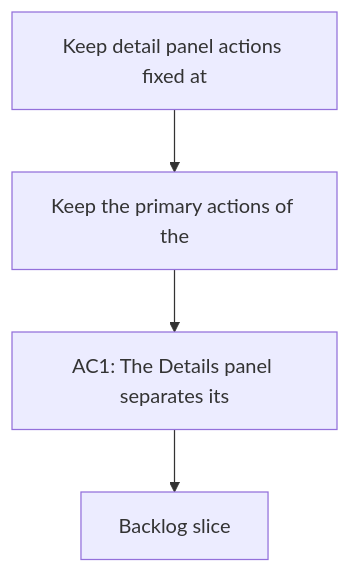
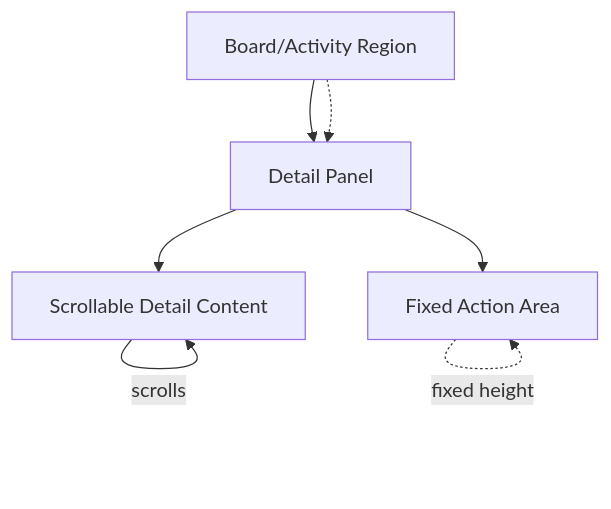
Before and after one commit to AlexAgo83/logics-manager: the diagram in logics/request/req_049_keep_detail_panel_actions_fixed_at_the_bottom_while_content_scrolls.md, drawn with Mermaid. The commit also changed other lines of this file and 54 other files, not shown here.

````diff
--- a/logics/request/req_049_keep_detail_panel_actions_fixed_at_the_bottom_while_content_scrolls.md
+++ b/logics/request/req_049_keep_detail_panel_actions_fixed_at_the_bottom_while_content_scrolls.md
@@ -10,8 +10,11 @@
 ```mermaid
 %% logics-kind: request
 %% logics-signature: request|keep-detail-panel-actions-fixed-at-the-b|keep-the-primary-actions-of-the|ac1-the-details-panel-separates-its
 flowchart TD
-    Trigger[Keep detail panel actions fixed at] --> Need[Keep the primary actions of the]
-    Need --> Outcome[AC1: The Details panel separates its]
-    Outcome --> Backlog[Backlog slice]
+  A[Board/Activity Region] --> B[Detail Panel]
+  B --> C[Scrollable Detail Content]
+  B --> D[Fixed Action Area]
+  A -.-> B
+  C -->|scrolls| C
+  D -.->|fixed height| D
 ```
````
